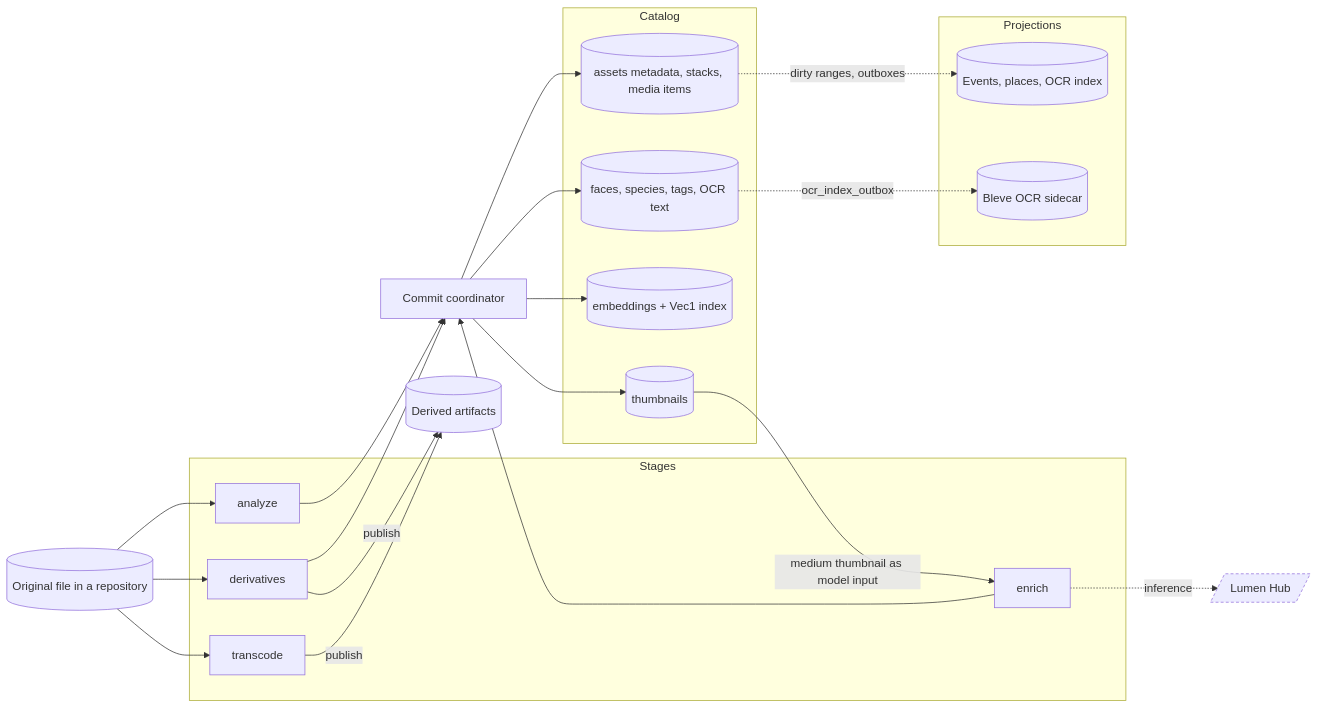
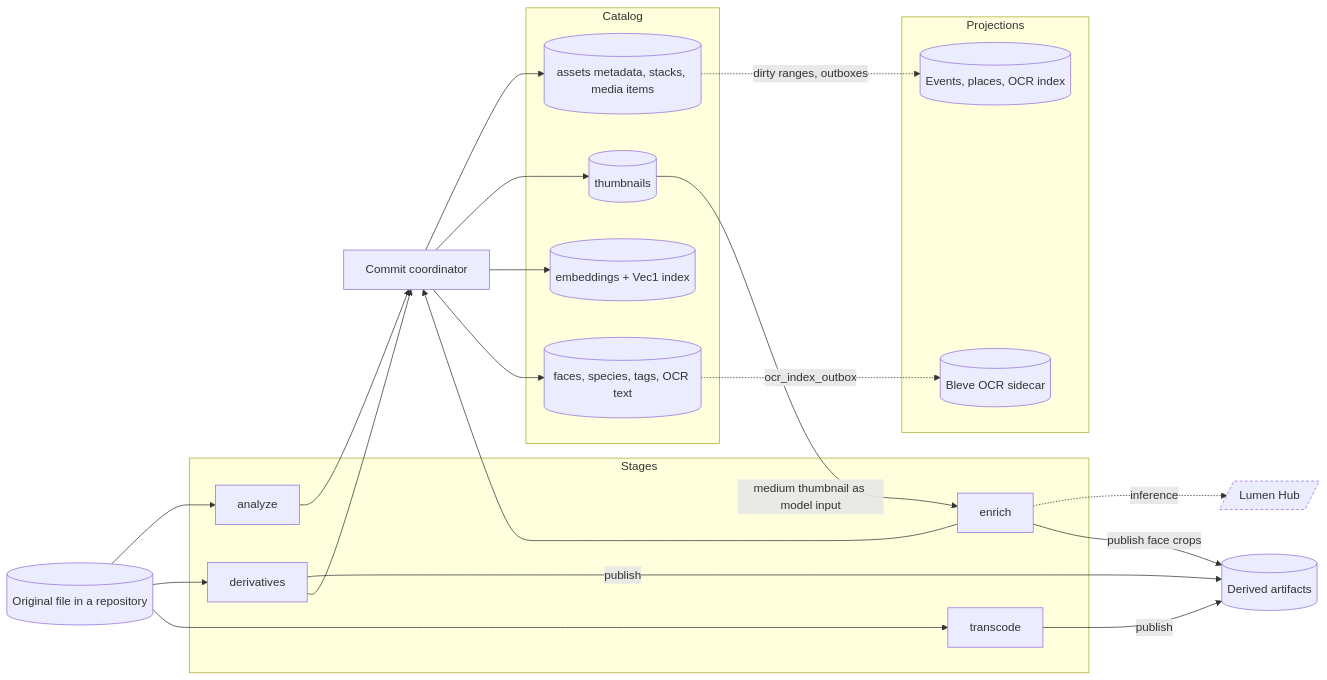
The diagram in docs/atlas/generated/dataflow/asset-processing.md (EdwinZhanCN/Lumilio-Photos), drawn with Mermaid before and after one commit. The commit also changed other lines of this file and 57 other files, not shown here.

````diff
--- a/docs/atlas/generated/dataflow/asset-processing.md
+++ b/docs/atlas/generated/dataflow/asset-processing.md
@@ -9,41 +9,42 @@
 ```mermaid
 flowchart LR
     n_original[("Original file in a repository")]
     subgraph n_g_Stages["Stages"]
         n_analyze["analyze"]
         n_derivatives["derivatives"]
         n_transcode["transcode"]
         n_enrich["enrich"]
     end
     n_lumen[/"Lumen Hub"/]
     n_artifacts[("Derived artifacts")]
     n_coordinator["Commit coordinator"]
     subgraph n_g_Catalog["Catalog"]
         n_metadata[("assets metadata, stacks, media items")]
         n_thumbs[("thumbnails")]
         n_vectors[("embeddings + Vec1 index")]
         n_faces[("faces, species, tags, OCR text")]
     end
     subgraph n_g_Projections["Projections"]
         n_projections[("Events, places, OCR index")]
         n_bleve[("Bleve OCR sidecar")]
     end
     n_original --> n_analyze
     n_original --> n_derivatives
     n_original --> n_transcode
     n_thumbs -->|"medium thumbnail as model input"| n_enrich
     n_enrich -.->|"inference"| n_lumen
     n_derivatives -->|"publish"| n_artifacts
     n_transcode -->|"publish"| n_artifacts
+    n_enrich -->|"publish face crops"| n_artifacts
     n_analyze --> n_coordinator
     n_derivatives --> n_coordinator
     n_enrich --> n_coordinator
     n_coordinator --> n_metadata
     n_coordinator --> n_thumbs
     n_coordinator --> n_vectors
     n_coordinator --> n_faces
     n_metadata -.->|"dirty ranges, outboxes"| n_projections
     n_faces -.->|"ocr_index_outbox"| n_bleve
     classDef external stroke-dasharray:4 3
     class n_lumen external
 ```
````
